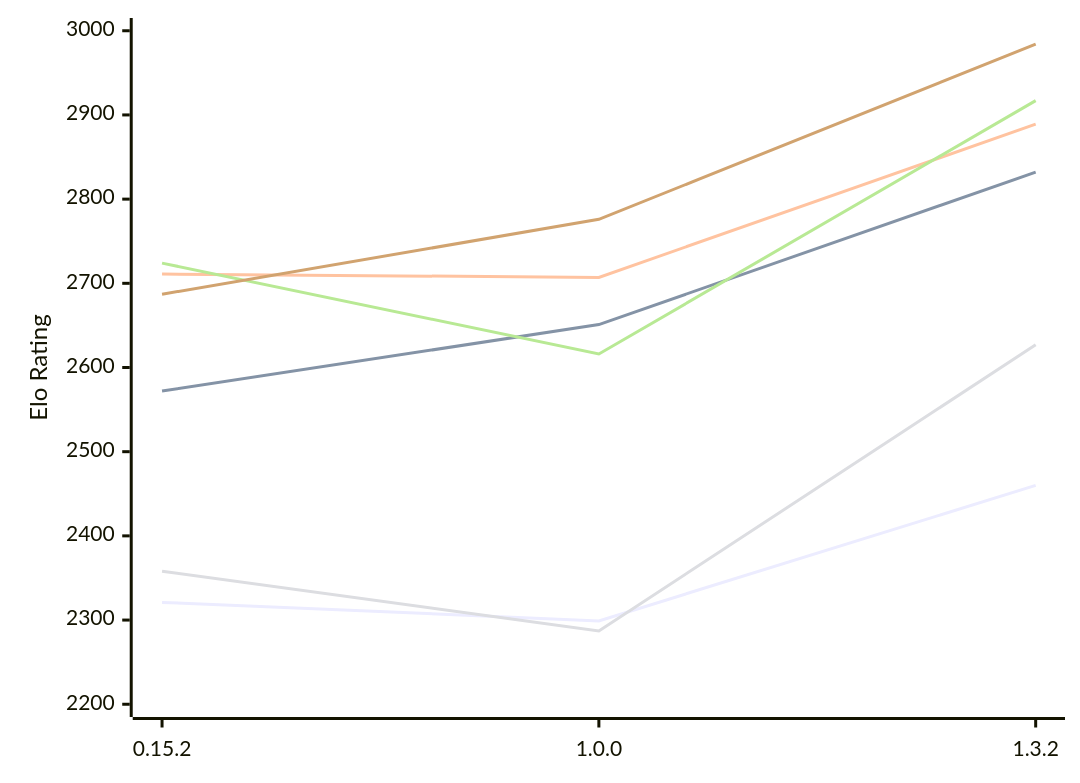
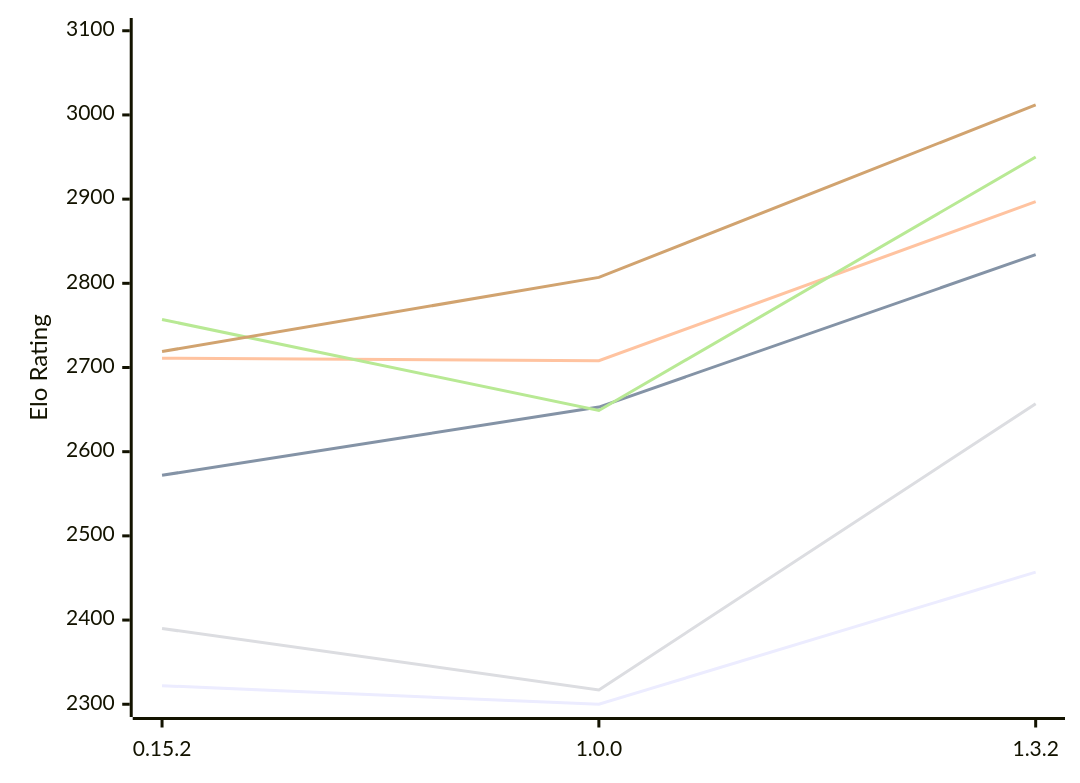
Before and after one commit to computer-chess-index/cci: the diagram in engines/ElephantGambit.md, drawn with Mermaid. The commit also changed other lines of this file, not shown here.

Commit message:
Update CCI Ratings (ELO VLTC) - 2026-11-05

````diff
--- a/engines/ElephantGambit.md
+++ b/engines/ElephantGambit.md
@@ -52,12 +52,12 @@
 ```mermaid
 %%{init: {"theme":"base","themeVariables":{"seriesColors:['#a3a3a3','#222221','#faa371']}}}%%
 xychart-beta
   x-axis ["0.15.2", "1.0.0", "1.3.2"]
-  y-axis "Elo Rating" 2200 --> 3000
-  line "E1: STC (8.0+0.08s)" [2321, 2299, 2460]
-  line "E1: LTC (60.0+0.60s)" [2572, 2651, 2832]
-  line "E1: VLTC (2m24s+1.12s)" [2711, 2707, 2889]
-  line "P1: STC (8.0+0.08s)" [2358, 2287, 2627]
-  line "P1: LTC (60.0+0.60s)" [2724, 2616, 2917]
-  line "P1: VLTC (2m24s+1.12s)" [2687, 2776, 2984]
+  y-axis "Elo Rating" 2300 --> 3100
+  line "E1: STC (8.0+0.08s)" [2322, 2300, 2457]
+  line "E1: LTC (60.0+0.60s)" [2572, 2653, 2834]
+  line "E1: VLTC (2m24s+1.12s)" [2711, 2708, 2897]
+  line "P1: STC (8.0+0.08s)" [2390, 2317, 2657]
+  line "P1: LTC (60.0+0.60s)" [2757, 2649, 2950]
+  line "P1: VLTC (2m24s+1.12s)" [2719, 2807, 3012]
 ```
````
